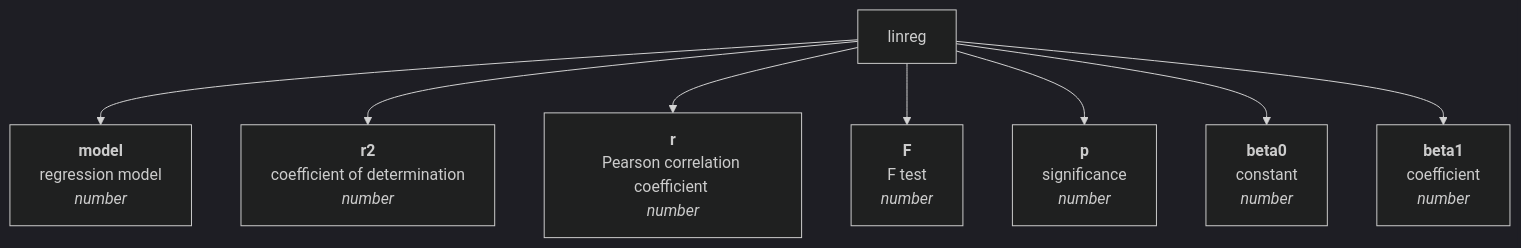
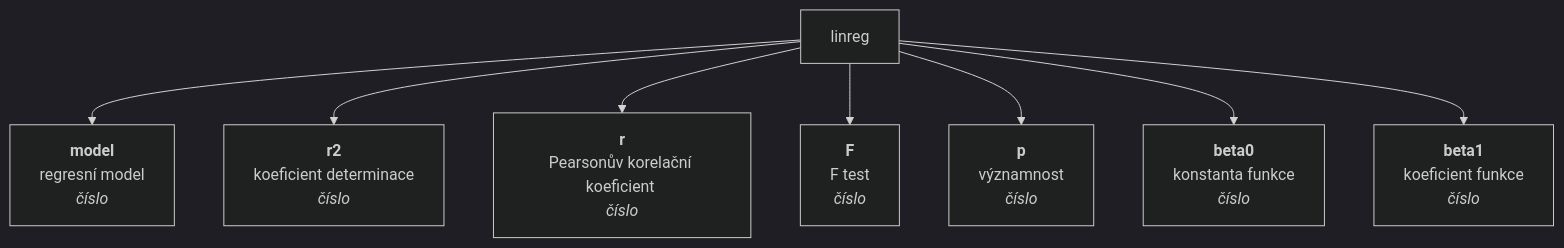
Before and after one commit to muzikp/retusa: the first of 5 diagrams in md-test.md, drawn with Mermaid (dark theme). The commit also changed other lines of this file and 2 other files, not shown here.

````diff
--- a/md-test.md
+++ b/md-test.md
@@ -50,11 +51,11 @@
 ```mermaid
 graph TD
-linreg --> model[<b>model</b><br>regression model <br><i>number</i>]
-linreg --> r2[<b>r2</b><br>coefficient of determination <br><i>number</i>]
-linreg --> r[<b>r</b><br>Pearson correlation coefficient <br><i>number</i>]
-linreg --> F[<b>F</b><br>F test <br><i>number</i>]
-linreg --> p[<b>p</b><br>significance <br><i>number</i>]
-linreg --> beta0[<b>beta0</b><br>constant <br><i>number</i>]
-linreg --> beta1[<b>beta1</b><br>coefficient <br><i>number</i>]
+linreg --> model[<b>model</b><br>regresní model <br><i>číslo</i>]
+linreg --> r2[<b>r2</b><br>koeficient determinace <br><i>číslo</i>]
+linreg --> r[<b>r</b><br>Pearsonův korelační koeficient <br><i>číslo</i>]
+linreg --> F[<b>F</b><br>F test <br><i>číslo</i>]
+linreg --> p[<b>p</b><br>významnost <br><i>číslo</i>]
+linreg --> beta0[<b>beta0</b><br>konstanta funkce <br><i>číslo</i>]
+linreg --> beta1[<b>beta1</b><br>koeficient funkce <br><i>číslo</i>]
 
 ```
````
